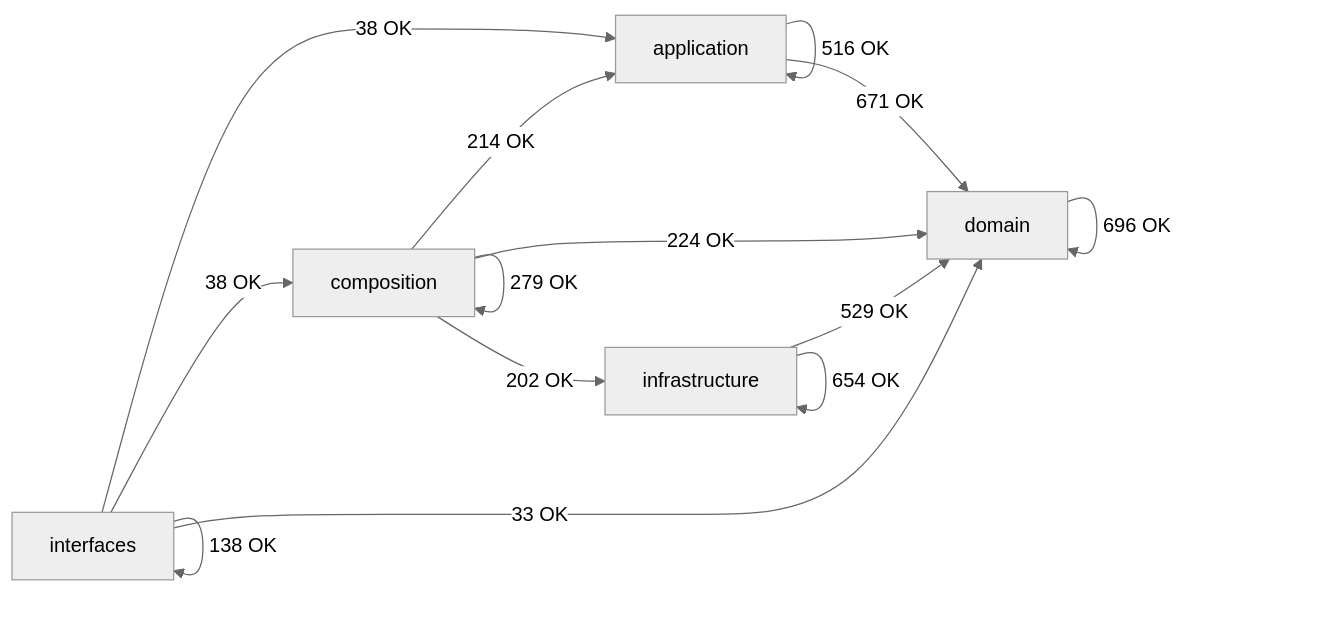
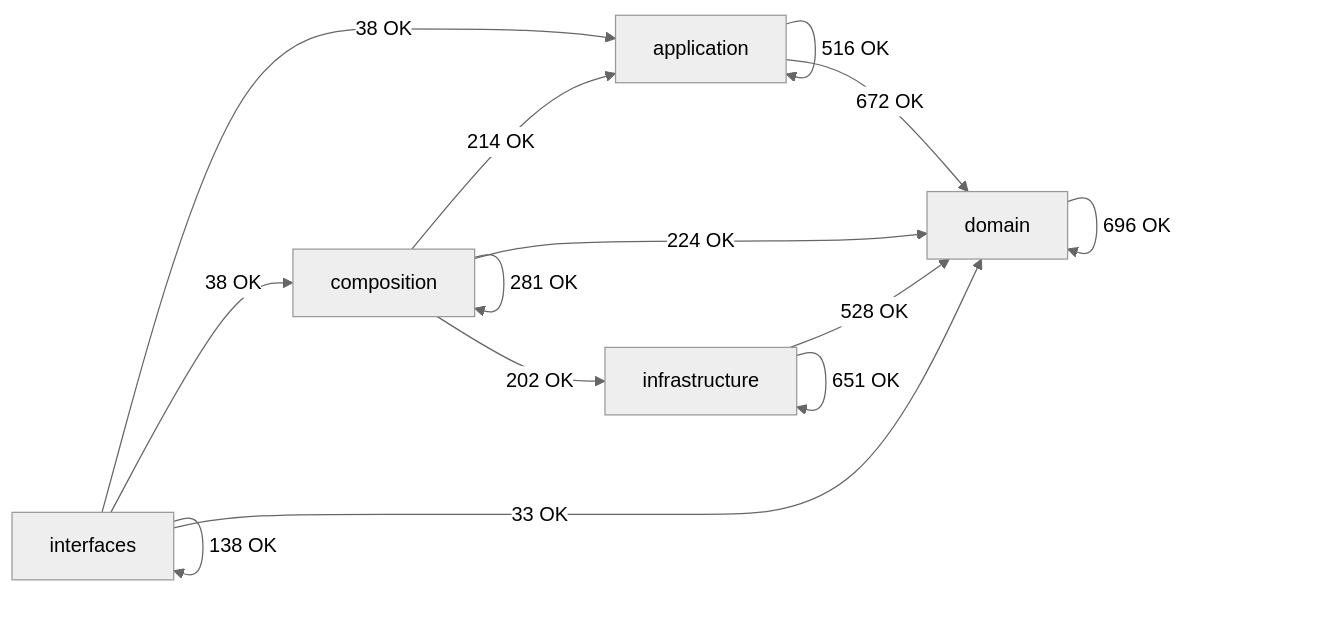
The diagram in docs/02-architecture/generated/module-dependency-map.md (SatoryKono/BioactivityDataAcquisition), drawn with Mermaid (neutral theme) before and after one commit. The commit also changed other lines of this file and 1409 other files, not shown here.

````diff
--- a/docs/02-architecture/generated/module-dependency-map.md
+++ b/docs/02-architecture/generated/module-dependency-map.md
@@ -16,21 +16,21 @@
 ```mermaid
 flowchart LR
     domain[domain]
     application[application]
     infrastructure[infrastructure]
     composition[composition]
     interfaces[interfaces]
     application -->|516 OK| application
-    application -->|671 OK| domain
+    application -->|672 OK| domain
     composition -->|214 OK| application
-    composition -->|279 OK| composition
+    composition -->|281 OK| composition
     composition -->|224 OK| domain
     composition -->|202 OK| infrastructure
     domain -->|696 OK| domain
-    infrastructure -->|529 OK| domain
-    infrastructure -->|654 OK| infrastructure
+    infrastructure -->|528 OK| domain
+    infrastructure -->|651 OK| infrastructure
     interfaces -->|38 OK| application
     interfaces -->|38 OK| composition
     interfaces -->|33 OK| domain
     interfaces -->|138 OK| interfaces
 ```
````
